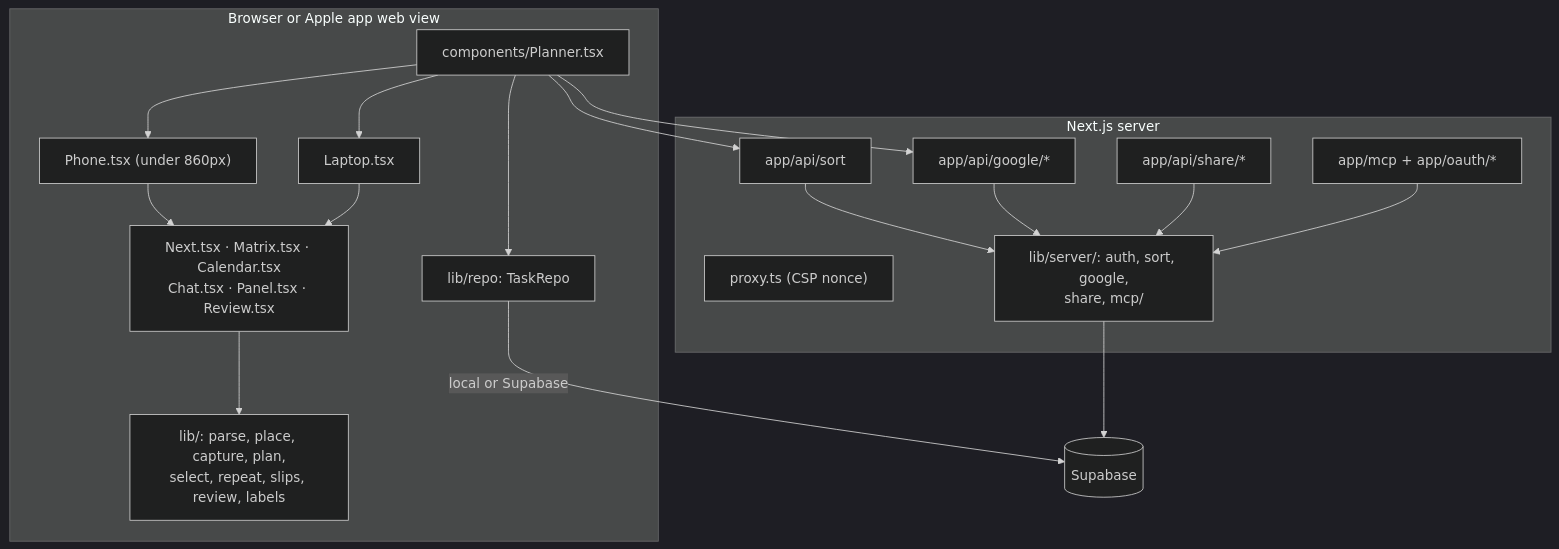
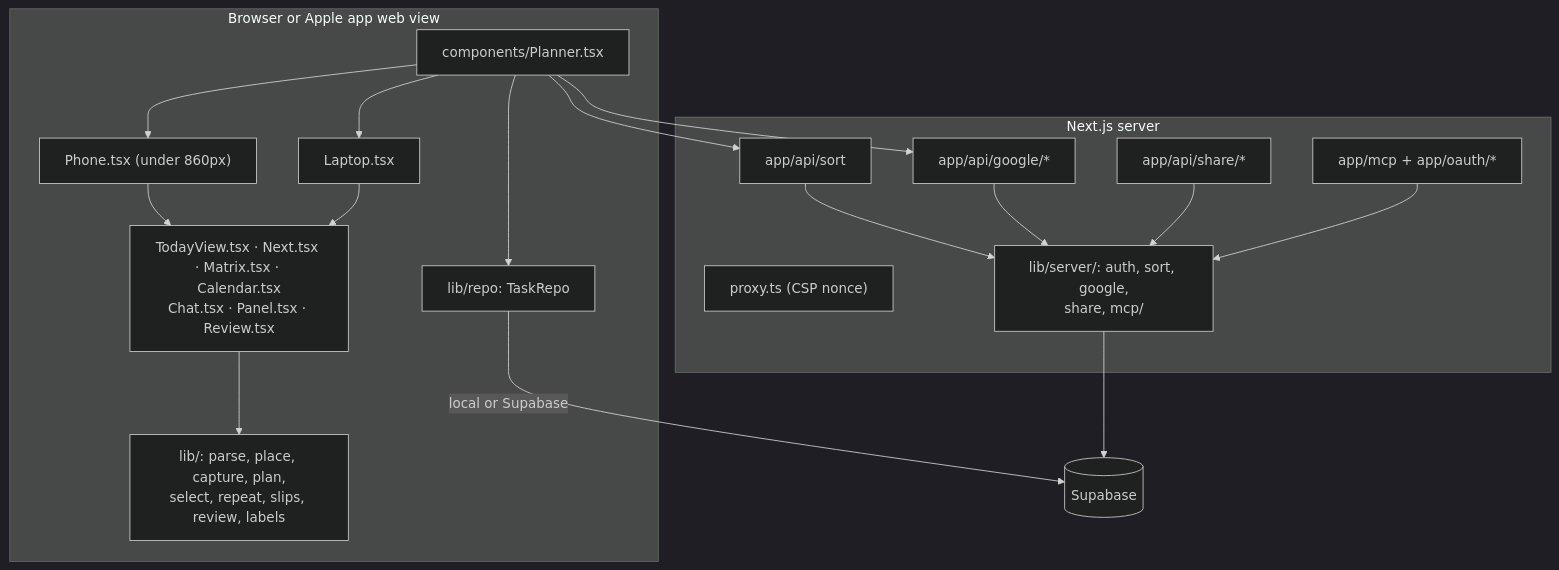
Before and after one commit to abhinav-adtechs/life-is-short: the first of 2 diagrams in docs/ARCHITECTURE.md, drawn with Mermaid (dark theme). The commit also changed other lines of this file and 13 other files, not shown here.

First line of the commit message:
feat: a Today view, today on its own with its goals and a timeline (#53)

````diff
--- a/docs/ARCHITECTURE.md
+++ b/docs/ARCHITECTURE.md
@@ -27,28 +27,28 @@
 ```mermaid
 flowchart TB
     subgraph Browser["Browser or Apple app web view"]
         Planner["components/Planner.tsx"]
         Phone["Phone.tsx (under 860px)"]
         Laptop["Laptop.tsx"]
-        Shared["Next.tsx · Matrix.tsx · Calendar.tsx<br/>Chat.tsx · Panel.tsx · Review.tsx"]
+        Shared["TodayView.tsx · Next.tsx · Matrix.tsx · Calendar.tsx<br/>Chat.tsx · Panel.tsx · Review.tsx"]
         Lib["lib/: parse, place, capture, plan,<br/>select, repeat, slips, review, labels"]
         Repo["lib/repo: TaskRepo"]
     end
 
     subgraph Server["Next.js server"]
         Proxy["proxy.ts (CSP nonce)"]
         Sort["app/api/sort"]
         Google["app/api/google/*"]
         Share["app/api/share/*"]
         MCP["app/mcp + app/oauth/*"]
         ServerLib["lib/server/: auth, sort, google,<br/>share, mcp/"]
     end
 
     Planner --> Phone & Laptop --> Shared
     Shared --> Lib
     Planner --> Repo
     Repo -->|"local or Supabase"| SB[("Supabase")]
     Planner --> Sort & Google
     Sort & Google & Share & MCP --> ServerLib
     ServerLib --> SB
 ```
````
